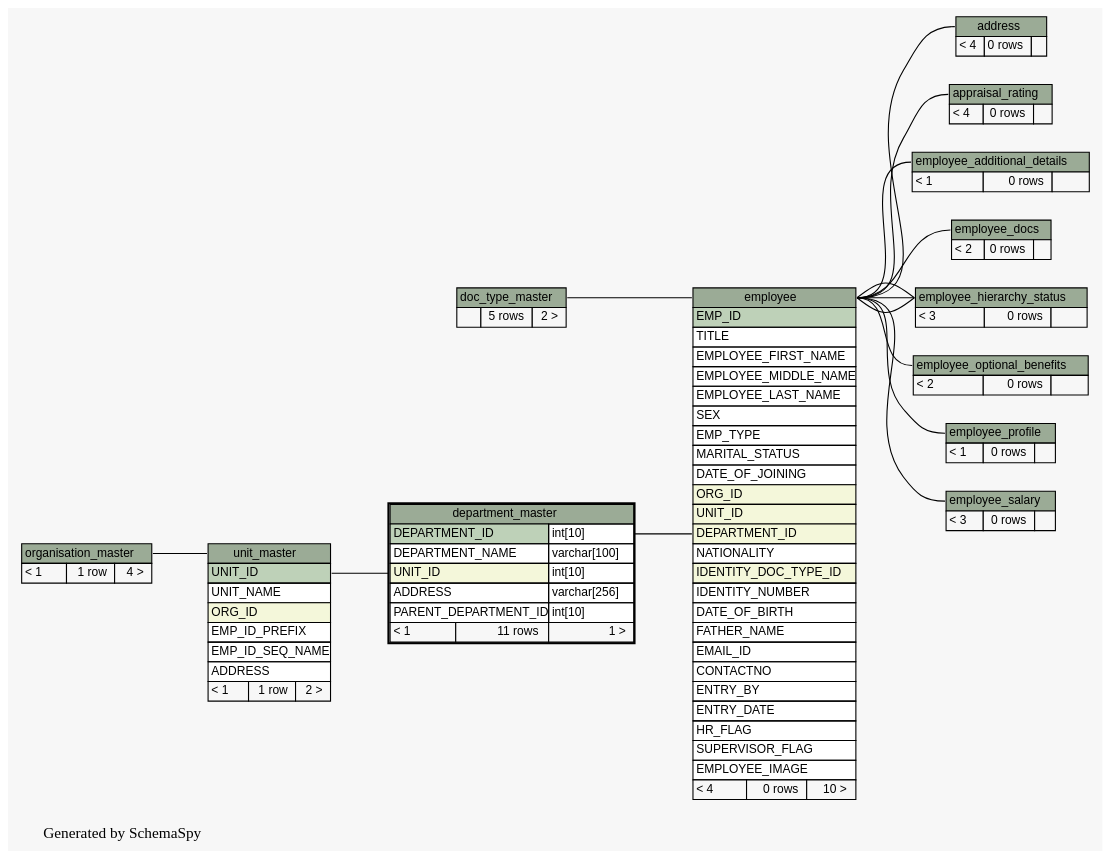
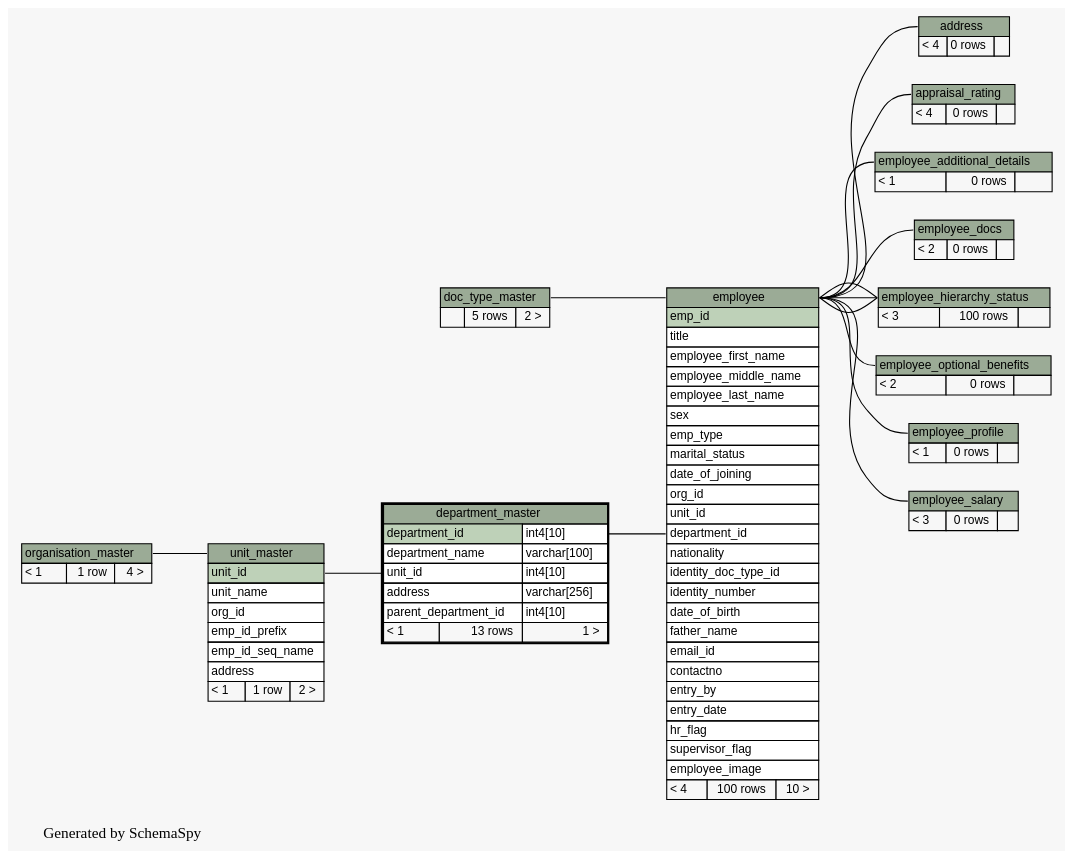
Before and after one commit to engineerscraft/hrms: the diagram in docs/database/schemaspy/graphs/department_master.2degrees.dot, drawn with Graphviz. The commit also changed 214 other files, not shown here.

```diff
--- a/docs/database/schemaspy/graphs/department_master.2degrees.dot
+++ b/docs/database/schemaspy/graphs/department_master.2degrees.dot
@@ -14,10 +14,10 @@
   edge [
     arrowsize="0.8"
   ];
-  "address":"address.heading":w -> "employee":"employee.heading":e [arrowtail=tee arrowhead=none];
+  "address":"address.heading":w -> "employee":"employee.heading":e [arrowtail=crowtee arrowhead=none];
   "appraisal_rating":"appraisal_rating.heading":w -> "employee":"employee.heading":e [arrowtail=crowtee arrowhead=none];
-  "department_master":"UNIT_ID":w -> "unit_master":"UNIT_ID":e [arrowtail=crowodot arrowhead=none];
-  "employee":"DEPARTMENT_ID":w -> "department_master":"DEPARTMENT_ID.type":e [arrowtail=crowodot arrowhead=none];
+  "department_master":"unit_id":w -> "unit_master":"unit_id":e [arrowtail=crowodot arrowhead=none];
+  "employee":"department_id":w -> "department_master":"department_id.type":e [arrowtail=crowodot arrowhead=none];
   "employee":"employee.heading":w -> "doc_type_master":"doc_type_master.heading":e [arrowtail=crowodot arrowhead=none];
   "employee_additional_details":"employee_additional_details.heading":w -> "employee":"employee.heading":e [arrowtail=tee arrowhead=none];
   "employee_docs":"employee_docs.heading":w -> "employee":"employee.heading":e [arrowtail=crowtee arrowhead=none];
@@ -50,12 +50,12 @@
     label=<
     <TABLE BORDER="2" CELLBORDER="1" CELLSPACING="0" BGCOLOR="#ffffff">
       <TR><TD PORT="department_master.heading" COLSPAN="3" BGCOLOR="#9bab96" ALIGN="CENTER">department_master</TD></TR>
-      <TR><TD PORT="DEPARTMENT_ID" COLSPAN="2" BGCOLOR="#bed1b8" ALIGN="LEFT">DEPARTMENT_ID</TD><TD PORT="DEPARTMENT_ID.type" ALIGN="LEFT">int[10]</TD></TR>
-      <TR><TD PORT="DEPARTMENT_NAME" COLSPAN="2" ALIGN="LEFT">DEPARTMENT_NAME</TD><TD PORT="DEPARTMENT_NAME.type" ALIGN="LEFT">varchar[100]</TD></TR>
-      <TR><TD PORT="UNIT_ID" COLSPAN="2" BGCOLOR="#f4f7da" ALIGN="LEFT">UNIT_ID</TD><TD PORT="UNIT_ID.type" ALIGN="LEFT">int[10]</TD></TR>
-      <TR><TD PORT="ADDRESS" COLSPAN="2" ALIGN="LEFT">ADDRESS</TD><TD PORT="ADDRESS.type" ALIGN="LEFT">varchar[256]</TD></TR>
-      <TR><TD PORT="PARENT_DEPARTMENT_ID" COLSPAN="2" ALIGN="LEFT">PARENT_DEPARTMENT_ID</TD><TD PORT="PARENT_DEPARTMENT_ID.type" ALIGN="LEFT">int[10]</TD></TR>
-      <TR><TD ALIGN="LEFT" BGCOLOR="#f7f7f7">&lt; 1</TD><TD ALIGN="RIGHT" BGCOLOR="#f7f7f7">11 rows</TD><TD ALIGN="RIGHT" BGCOLOR="#f7f7f7">1 &gt;</TD></TR>
+      <TR><TD PORT="department_id" COLSPAN="2" BGCOLOR="#bed1b8" ALIGN="LEFT">department_id</TD><TD PORT="department_id.type" ALIGN="LEFT">int4[10]</TD></TR>
+      <TR><TD PORT="department_name" COLSPAN="2" ALIGN="LEFT">department_name</TD><TD PORT="department_name.type" ALIGN="LEFT">varchar[100]</TD></TR>
+      <TR><TD PORT="unit_id" COLSPAN="2" ALIGN="LEFT">unit_id</TD><TD PORT="unit_id.type" ALIGN="LEFT">int4[10]</TD></TR>
+      <TR><TD PORT="address" COLSPAN="2" ALIGN="LEFT">address</TD><TD PORT="address.type" ALIGN="LEFT">varchar[256]</TD></TR>
+      <TR><TD PORT="parent_department_id" COLSPAN="2" ALIGN="LEFT">parent_department_id</TD><TD PORT="parent_department_id.type" ALIGN="LEFT">int4[10]</TD></TR>
+      <TR><TD ALIGN="LEFT" BGCOLOR="#f7f7f7">&lt; 1</TD><TD ALIGN="RIGHT" BGCOLOR="#f7f7f7">13 rows</TD><TD ALIGN="RIGHT" BGCOLOR="#f7f7f7">1 &gt;</TD></TR>
     </TABLE>>
     URL="department_master.html#"
     tooltip="department_master"
@@ -73,31 +73,31 @@
     label=<
     <TABLE BORDER="0" CELLBORDER="1" CELLSPACING="0" BGCOLOR="#ffffff">
       <TR><TD PORT="employee.heading" COLSPAN="3" BGCOLOR="#9bab96" ALIGN="CENTER">employee</TD></TR>
-      <TR><TD PORT="EMP_ID" COLSPAN="3" BGCOLOR="#bed1b8" ALIGN="LEFT">EMP_ID</TD></TR>
-      <TR><TD PORT="TITLE" COLSPAN="3" ALIGN="LEFT">TITLE</TD></TR>
-      <TR><TD PORT="EMPLOYEE_FIRST_NAME" COLSPAN="3" ALIGN="LEFT">EMPLOYEE_FIRST_NAME</TD></TR>
-      <TR><TD PORT="EMPLOYEE_MIDDLE_NAME" COLSPAN="3" ALIGN="LEFT">EMPLOYEE_MIDDLE_NAME</TD></TR>
-      <TR><TD PORT="EMPLOYEE_LAST_NAME" COLSPAN="3" ALIGN="LEFT">EMPLOYEE_LAST_NAME</TD></TR>
-      <TR><TD PORT="SEX" COLSPAN="3" ALIGN="LEFT">SEX</TD></TR>
-      <TR><TD PORT="EMP_TYPE" COLSPAN="3" ALIGN="LEFT">EMP_TYPE</TD></TR>
-      <TR><TD PORT="MARITAL_STATUS" COLSPAN="3" ALIGN="LEFT">MARITAL_STATUS</TD></TR>
-      <TR><TD PORT="DATE_OF_JOINING" COLSPAN="3" ALIGN="LEFT">DATE_OF_JOINING</TD></TR>
-      <TR><TD PORT="ORG_ID" COLSPAN="3" BGCOLOR="#f4f7da" ALIGN="LEFT">ORG_ID</TD></TR>
-      <TR><TD PORT="UNIT_ID" COLSPAN="3" BGCOLOR="#f4f7da" ALIGN="LEFT">UNIT_ID</TD></TR>
-      <TR><TD PORT="DEPARTMENT_ID" COLSPAN="3" BGCOLOR="#f4f7da" ALIGN="LEFT">DEPARTMENT_ID</TD></TR>
-      <TR><TD PORT="NATIONALITY" COLSPAN="3" ALIGN="LEFT">NATIONALITY</TD></TR>
-      <TR><TD PORT="IDENTITY_DOC_TYPE_ID" COLSPAN="3" BGCOLOR="#f4f7da" ALIGN="LEFT">IDENTITY_DOC_TYPE_ID</TD></TR>
-      <TR><TD PORT="IDENTITY_NUMBER" COLSPAN="3" ALIGN="LEFT">IDENTITY_NUMBER</TD></TR>
-      <TR><TD PORT="DATE_OF_BIRTH" COLSPAN="3" ALIGN="LEFT">DATE_OF_BIRTH</TD></TR>
-      <TR><TD PORT="FATHER_NAME" COLSPAN="3" ALIGN="LEFT">FATHER_NAME</TD></TR>
-      <TR><TD PORT="EMAIL_ID" COLSPAN="3" ALIGN="LEFT">EMAIL_ID</TD></TR>
-      <TR><TD PORT="CONTACTNO" COLSPAN="3" ALIGN="LEFT">CONTACTNO</TD></TR>
-      <TR><TD PORT="ENTRY_BY" COLSPAN="3" ALIGN="LEFT">ENTRY_BY</TD></TR>
-      <TR><TD PORT="ENTRY_DATE" COLSPAN="3" ALIGN="LEFT">ENTRY_DATE</TD></TR>
-      <TR><TD PORT="HR_FLAG" COLSPAN="3" ALIGN="LEFT">HR_FLAG</TD></TR>
-      <TR><TD PORT="SUPERVISOR_FLAG" COLSPAN="3" ALIGN="LEFT">SUPERVISOR_FLAG</TD></TR>
-      <TR><TD PORT="EMPLOYEE_IMAGE" COLSPAN="3" ALIGN="LEFT">EMPLOYEE_IMAGE</TD></TR>
-      <TR><TD ALIGN="LEFT" BGCOLOR="#f7f7f7">&lt; 4</TD><TD ALIGN="RIGHT" BGCOLOR="#f7f7f7">0 rows</TD><TD ALIGN="RIGHT" BGCOLOR="#f7f7f7">10 &gt;</TD></TR>
+      <TR><TD PORT="emp_id" COLSPAN="3" BGCOLOR="#bed1b8" ALIGN="LEFT">emp_id</TD></TR>
+      <TR><TD PORT="title" COLSPAN="3" ALIGN="LEFT">title</TD></TR>
+      <TR><TD PORT="employee_first_name" COLSPAN="3" ALIGN="LEFT">employee_first_name</TD></TR>
+      <TR><TD PORT="employee_middle_name" COLSPAN="3" ALIGN="LEFT">employee_middle_name</TD></TR>
+      <TR><TD PORT="employee_last_name" COLSPAN="3" ALIGN="LEFT">employee_last_name</TD></TR>
+      <TR><TD PORT="sex" COLSPAN="3" ALIGN="LEFT">sex</TD></TR>
+      <TR><TD PORT="emp_type" COLSPAN="3" ALIGN="LEFT">emp_type</TD></TR>
+      <TR><TD PORT="marital_status" COLSPAN="3" ALIGN="LEFT">marital_status</TD></TR>
+      <TR><TD PORT="date_of_joining" COLSPAN="3" ALIGN="LEFT">date_of_joining</TD></TR>
+      <TR><TD PORT="org_id" COLSPAN="3" ALIGN="LEFT">org_id</TD></TR>
+      <TR><TD PORT="unit_id" COLSPAN="3" ALIGN="LEFT">unit_id</TD></TR>
+      <TR><TD PORT="department_id" COLSPAN="3" ALIGN="LEFT">department_id</TD></TR>
+      <TR><TD PORT="nationality" COLSPAN="3" ALIGN="LEFT">nationality</TD></TR>
+      <TR><TD PORT="identity_doc_type_id" COLSPAN="3" ALIGN="LEFT">identity_doc_type_id</TD></TR>
+      <TR><TD PORT="identity_number" COLSPAN="3" ALIGN="LEFT">identity_number</TD></TR>
+      <TR><TD PORT="date_of_birth" COLSPAN="3" ALIGN="LEFT">date_of_birth</TD></TR>
+      <TR><TD PORT="father_name" COLSPAN="3" ALIGN="LEFT">father_name</TD></TR>
+      <TR><TD PORT="email_id" COLSPAN="3" ALIGN="LEFT">email_id</TD></TR>
+      <TR><TD PORT="contactno" COLSPAN="3" ALIGN="LEFT">contactno</TD></TR>
+      <TR><TD PORT="entry_by" COLSPAN="3" ALIGN="LEFT">entry_by</TD></TR>
+      <TR><TD PORT="entry_date" COLSPAN="3" ALIGN="LEFT">entry_date</TD></TR>
+      <TR><TD PORT="hr_flag" COLSPAN="3" ALIGN="LEFT">hr_flag</TD></TR>
+      <TR><TD PORT="supervisor_flag" COLSPAN="3" ALIGN="LEFT">supervisor_flag</TD></TR>
+      <TR><TD PORT="employee_image" COLSPAN="3" ALIGN="LEFT">employee_image</TD></TR>
+      <TR><TD ALIGN="LEFT" BGCOLOR="#f7f7f7">&lt; 4</TD><TD ALIGN="RIGHT" BGCOLOR="#f7f7f7">100 rows</TD><TD ALIGN="RIGHT" BGCOLOR="#f7f7f7">10 &gt;</TD></TR>
     </TABLE>>
     URL="employee.html#graph"
     tooltip="employee"
@@ -124,7 +124,7 @@
     label=<
     <TABLE BORDER="0" CELLBORDER="1" CELLSPACING="0" BGCOLOR="#ffffff">
       <TR><TD PORT="employee_hierarchy_status.heading" COLSPAN="3" BGCOLOR="#9bab96" ALIGN="CENTER">employee_hierarchy_status</TD></TR>
-      <TR><TD ALIGN="LEFT" BGCOLOR="#f7f7f7">&lt; 3</TD><TD ALIGN="RIGHT" BGCOLOR="#f7f7f7">0 rows</TD><TD ALIGN="RIGHT" BGCOLOR="#f7f7f7">  </TD></TR>
+      <TR><TD ALIGN="LEFT" BGCOLOR="#f7f7f7">&lt; 3</TD><TD ALIGN="RIGHT" BGCOLOR="#f7f7f7">100 rows</TD><TD ALIGN="RIGHT" BGCOLOR="#f7f7f7">  </TD></TR>
     </TABLE>>
     URL="employee_hierarchy_status.html#graph"
     tooltip="employee_hierarchy_status"
@@ -169,12 +169,12 @@
     label=<
     <TABLE BORDER="0" CELLBORDER="1" CELLSPACING="0" BGCOLOR="#ffffff">
       <TR><TD PORT="unit_master.heading" COLSPAN="3" BGCOLOR="#9bab96" ALIGN="CENTER">unit_master</TD></TR>
-      <TR><TD PORT="UNIT_ID" COLSPAN="3" BGCOLOR="#bed1b8" ALIGN="LEFT">UNIT_ID</TD></TR>
-      <TR><TD PORT="UNIT_NAME" COLSPAN="3" ALIGN="LEFT">UNIT_NAME</TD></TR>
-      <TR><TD PORT="ORG_ID" COLSPAN="3" BGCOLOR="#f4f7da" ALIGN="LEFT">ORG_ID</TD></TR>
-      <TR><TD PORT="EMP_ID_PREFIX" COLSPAN="3" ALIGN="LEFT">EMP_ID_PREFIX</TD></TR>
-      <TR><TD PORT="EMP_ID_SEQ_NAME" COLSPAN="3" ALIGN="LEFT">EMP_ID_SEQ_NAME</TD></TR>
-      <TR><TD PORT="ADDRESS" COLSPAN="3" ALIGN="LEFT">ADDRESS</TD></TR>
+      <TR><TD PORT="unit_id" COLSPAN="3" BGCOLOR="#bed1b8" ALIGN="LEFT">unit_id</TD></TR>
+      <TR><TD PORT="unit_name" COLSPAN="3" ALIGN="LEFT">unit_name</TD></TR>
+      <TR><TD PORT="org_id" COLSPAN="3" ALIGN="LEFT">org_id</TD></TR>
+      <TR><TD PORT="emp_id_prefix" COLSPAN="3" ALIGN="LEFT">emp_id_prefix</TD></TR>
+      <TR><TD PORT="emp_id_seq_name" COLSPAN="3" ALIGN="LEFT">emp_id_seq_name</TD></TR>
+      <TR><TD PORT="address" COLSPAN="3" ALIGN="LEFT">address</TD></TR>
       <TR><TD ALIGN="LEFT" BGCOLOR="#f7f7f7">&lt; 1</TD><TD ALIGN="RIGHT" BGCOLOR="#f7f7f7">1 row</TD><TD ALIGN="RIGHT" BGCOLOR="#f7f7f7">2 &gt;</TD></TR>
     </TABLE>>
     URL="unit_master.html#graph"
```
